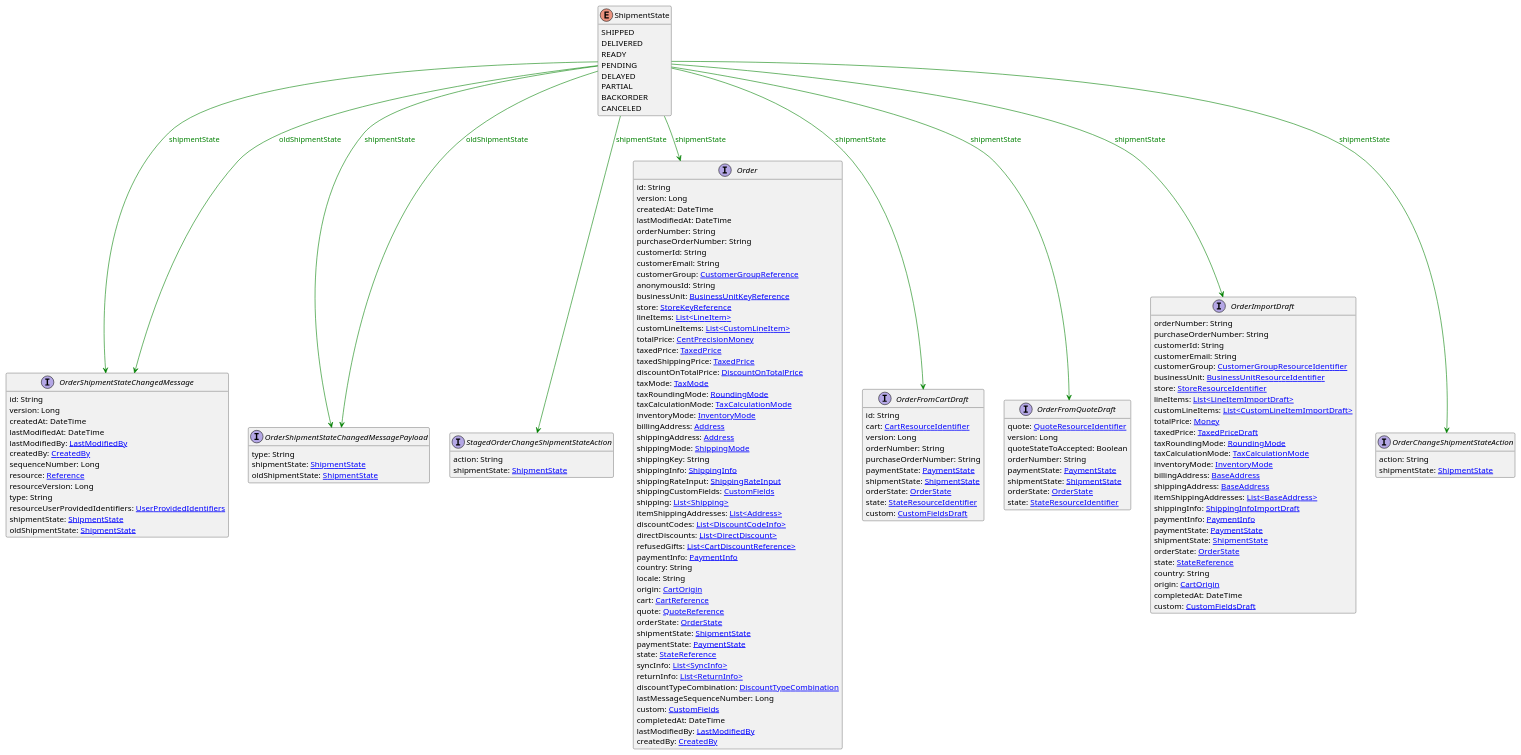
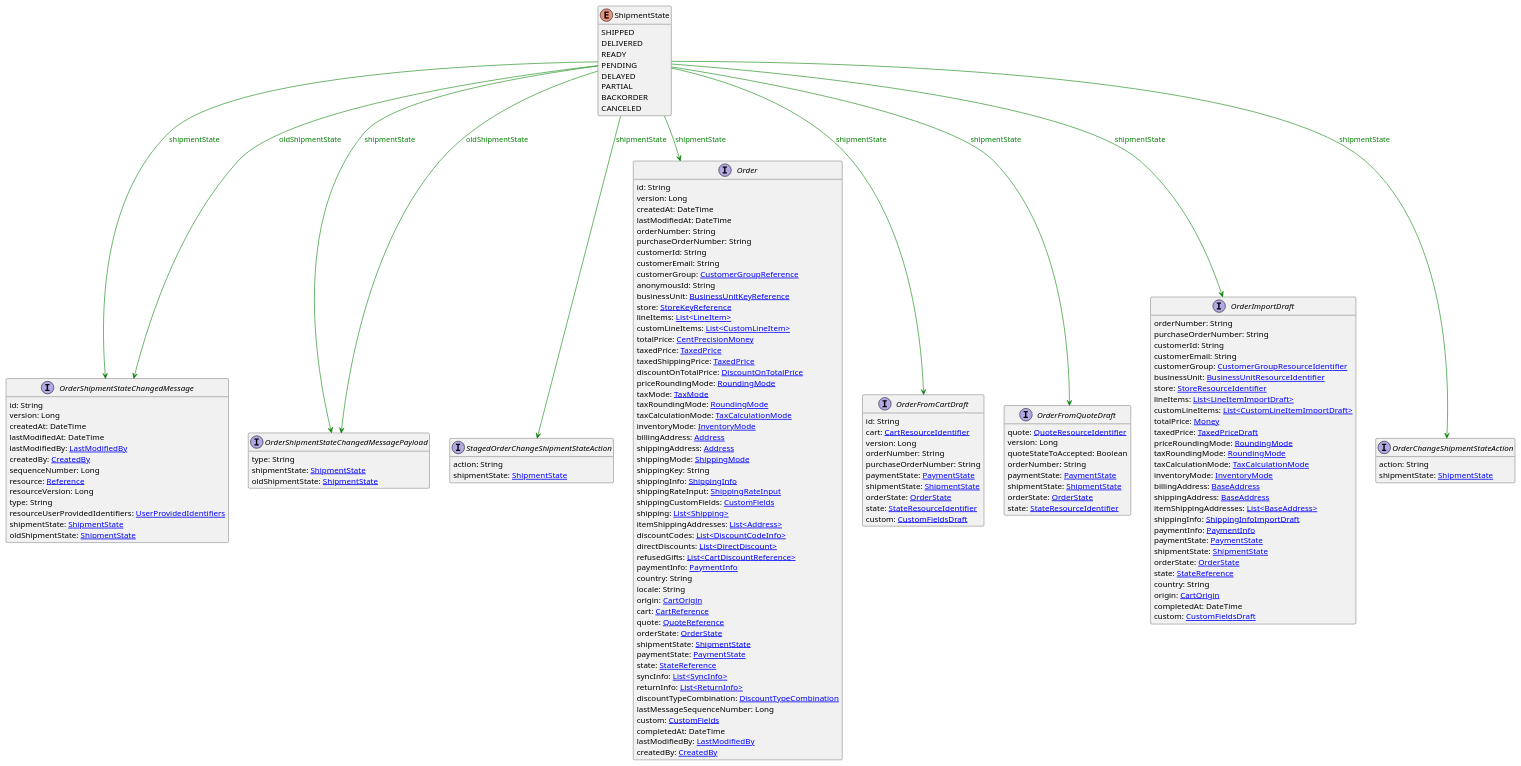
One commit to commercetools/commercetools-api-reference changed the diagram in uml/api/ShipmentState.puml. Above: the diagram before and after it, drawn with PlantUML. The commit also changed 319 other files, not shown here.

```diff
--- a/uml/api/ShipmentState.puml
+++ b/uml/api/ShipmentState.puml
@@ -1,157 +1,159 @@
 @startuml
 
 hide methods
 enum ShipmentState {
     SHIPPED
     DELIVERED
     READY
     PENDING
     DELAYED
     PARTIAL
     BACKORDER
     CANCELED
 }
 interface OrderShipmentStateChangedMessage [[OrderShipmentStateChangedMessage.svg]]  {
     id: String
     version: Long
     createdAt: DateTime
     lastModifiedAt: DateTime
     lastModifiedBy: [[LastModifiedBy.svg LastModifiedBy]]
     createdBy: [[CreatedBy.svg CreatedBy]]
     sequenceNumber: Long
     resource: [[Reference.svg Reference]]
     resourceVersion: Long
     type: String
     resourceUserProvidedIdentifiers: [[UserProvidedIdentifiers.svg UserProvidedIdentifiers]]
     shipmentState: [[ShipmentState.svg ShipmentState]]
     oldShipmentState: [[ShipmentState.svg ShipmentState]]
 }
 interface OrderShipmentStateChangedMessagePayload [[OrderShipmentStateChangedMessagePayload.svg]]  {
     type: String
     shipmentState: [[ShipmentState.svg ShipmentState]]
     oldShipmentState: [[ShipmentState.svg ShipmentState]]
 }
 interface StagedOrderChangeShipmentStateAction [[StagedOrderChangeShipmentStateAction.svg]]  {
     action: String
     shipmentState: [[ShipmentState.svg ShipmentState]]
 }
 interface Order [[Order.svg]]  {
     id: String
     version: Long
     createdAt: DateTime
     lastModifiedAt: DateTime
     orderNumber: String
     purchaseOrderNumber: String
     customerId: String
     customerEmail: String
     customerGroup: [[CustomerGroupReference.svg CustomerGroupReference]]
     anonymousId: String
     businessUnit: [[BusinessUnitKeyReference.svg BusinessUnitKeyReference]]
     store: [[StoreKeyReference.svg StoreKeyReference]]
     lineItems: [[LineItem.svg List<LineItem>]]
     customLineItems: [[CustomLineItem.svg List<CustomLineItem>]]
     totalPrice: [[CentPrecisionMoney.svg CentPrecisionMoney]]
     taxedPrice: [[TaxedPrice.svg TaxedPrice]]
     taxedShippingPrice: [[TaxedPrice.svg TaxedPrice]]
     discountOnTotalPrice: [[DiscountOnTotalPrice.svg DiscountOnTotalPrice]]
+    priceRoundingMode: [[RoundingMode.svg RoundingMode]]
     taxMode: [[TaxMode.svg TaxMode]]
     taxRoundingMode: [[RoundingMode.svg RoundingMode]]
     taxCalculationMode: [[TaxCalculationMode.svg TaxCalculationMode]]
     inventoryMode: [[InventoryMode.svg InventoryMode]]
     billingAddress: [[Address.svg Address]]
     shippingAddress: [[Address.svg Address]]
     shippingMode: [[ShippingMode.svg ShippingMode]]
     shippingKey: String
     shippingInfo: [[ShippingInfo.svg ShippingInfo]]
     shippingRateInput: [[ShippingRateInput.svg ShippingRateInput]]
     shippingCustomFields: [[CustomFields.svg CustomFields]]
     shipping: [[Shipping.svg List<Shipping>]]
     itemShippingAddresses: [[Address.svg List<Address>]]
     discountCodes: [[DiscountCodeInfo.svg List<DiscountCodeInfo>]]
     directDiscounts: [[DirectDiscount.svg List<DirectDiscount>]]
     refusedGifts: [[CartDiscountReference.svg List<CartDiscountReference>]]
     paymentInfo: [[PaymentInfo.svg PaymentInfo]]
     country: String
     locale: String
     origin: [[CartOrigin.svg CartOrigin]]
     cart: [[CartReference.svg CartReference]]
     quote: [[QuoteReference.svg QuoteReference]]
     orderState: [[OrderState.svg OrderState]]
     shipmentState: [[ShipmentState.svg ShipmentState]]
     paymentState: [[PaymentState.svg PaymentState]]
     state: [[StateReference.svg StateReference]]
     syncInfo: [[SyncInfo.svg List<SyncInfo>]]
     returnInfo: [[ReturnInfo.svg List<ReturnInfo>]]
     discountTypeCombination: [[DiscountTypeCombination.svg DiscountTypeCombination]]
     lastMessageSequenceNumber: Long
     custom: [[CustomFields.svg CustomFields]]
     completedAt: DateTime
     lastModifiedBy: [[LastModifiedBy.svg LastModifiedBy]]
     createdBy: [[CreatedBy.svg CreatedBy]]
 }
 interface OrderFromCartDraft [[OrderFromCartDraft.svg]]  {
     id: String
     cart: [[CartResourceIdentifier.svg CartResourceIdentifier]]
     version: Long
     orderNumber: String
     purchaseOrderNumber: String
     paymentState: [[PaymentState.svg PaymentState]]
     shipmentState: [[ShipmentState.svg ShipmentState]]
     orderState: [[OrderState.svg OrderState]]
     state: [[StateResourceIdentifier.svg StateResourceIdentifier]]
     custom: [[CustomFieldsDraft.svg CustomFieldsDraft]]
 }
 interface OrderFromQuoteDraft [[OrderFromQuoteDraft.svg]]  {
     quote: [[QuoteResourceIdentifier.svg QuoteResourceIdentifier]]
     version: Long
     quoteStateToAccepted: Boolean
     orderNumber: String
     paymentState: [[PaymentState.svg PaymentState]]
     shipmentState: [[ShipmentState.svg ShipmentState]]
     orderState: [[OrderState.svg OrderState]]
     state: [[StateResourceIdentifier.svg StateResourceIdentifier]]
 }
 interface OrderImportDraft [[OrderImportDraft.svg]]  {
     orderNumber: String
     purchaseOrderNumber: String
     customerId: String
     customerEmail: String
     customerGroup: [[CustomerGroupResourceIdentifier.svg CustomerGroupResourceIdentifier]]
     businessUnit: [[BusinessUnitResourceIdentifier.svg BusinessUnitResourceIdentifier]]
     store: [[StoreResourceIdentifier.svg StoreResourceIdentifier]]
     lineItems: [[LineItemImportDraft.svg List<LineItemImportDraft>]]
     customLineItems: [[CustomLineItemImportDraft.svg List<CustomLineItemImportDraft>]]
     totalPrice: [[Money.svg Money]]
     taxedPrice: [[TaxedPriceDraft.svg TaxedPriceDraft]]
+    priceRoundingMode: [[RoundingMode.svg RoundingMode]]
     taxRoundingMode: [[RoundingMode.svg RoundingMode]]
     taxCalculationMode: [[TaxCalculationMode.svg TaxCalculationMode]]
     inventoryMode: [[InventoryMode.svg InventoryMode]]
     billingAddress: [[BaseAddress.svg BaseAddress]]
     shippingAddress: [[BaseAddress.svg BaseAddress]]
     itemShippingAddresses: [[BaseAddress.svg List<BaseAddress>]]
     shippingInfo: [[ShippingInfoImportDraft.svg ShippingInfoImportDraft]]
     paymentInfo: [[PaymentInfo.svg PaymentInfo]]
     paymentState: [[PaymentState.svg PaymentState]]
     shipmentState: [[ShipmentState.svg ShipmentState]]
     orderState: [[OrderState.svg OrderState]]
     state: [[StateReference.svg StateReference]]
     country: String
     origin: [[CartOrigin.svg CartOrigin]]
     completedAt: DateTime
     custom: [[CustomFieldsDraft.svg CustomFieldsDraft]]
 }
 interface OrderChangeShipmentStateAction [[OrderChangeShipmentStateAction.svg]]  {
     action: String
     shipmentState: [[ShipmentState.svg ShipmentState]]
 }
 ShipmentState --> OrderShipmentStateChangedMessage #green;text:green : "shipmentState"
 ShipmentState --> OrderShipmentStateChangedMessage #green;text:green : "oldShipmentState"
 ShipmentState --> OrderShipmentStateChangedMessagePayload #green;text:green : "shipmentState"
 ShipmentState --> OrderShipmentStateChangedMessagePayload #green;text:green : "oldShipmentState"
 ShipmentState --> StagedOrderChangeShipmentStateAction #green;text:green : "shipmentState"
 ShipmentState --> Order #green;text:green : "shipmentState"
 ShipmentState --> OrderFromCartDraft #green;text:green : "shipmentState"
 ShipmentState --> OrderFromQuoteDraft #green;text:green : "shipmentState"
 ShipmentState --> OrderImportDraft #green;text:green : "shipmentState"
 ShipmentState --> OrderChangeShipmentStateAction #green;text:green : "shipmentState"
 @enduml
```
